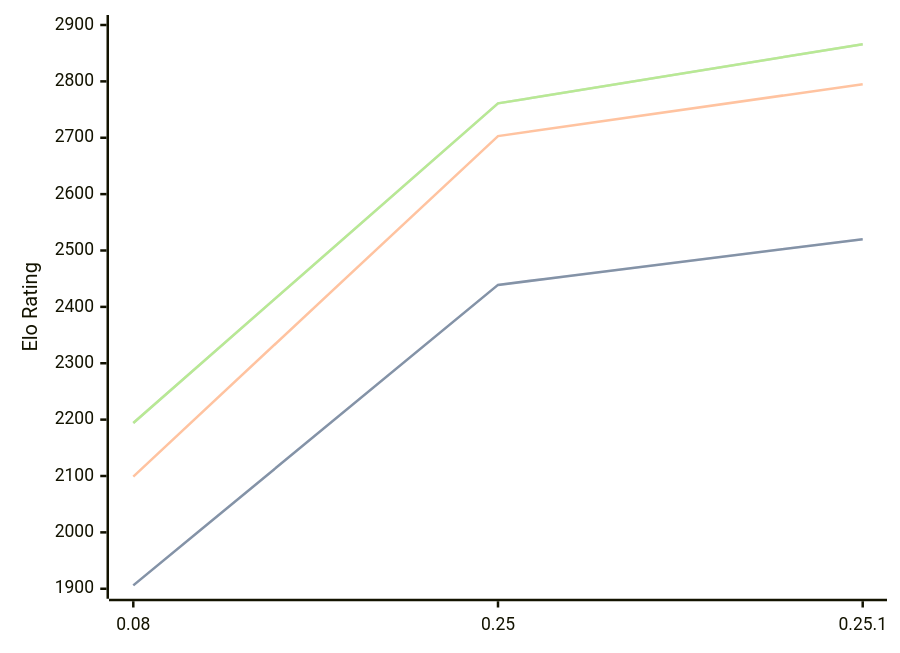
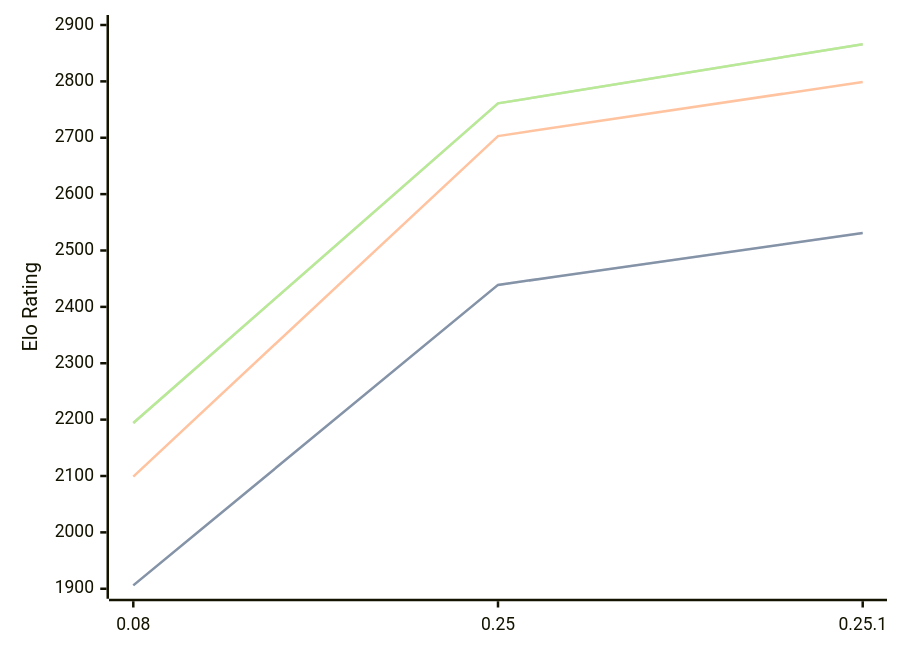
The diagram in engines/Gecko.md (computer-chess-index/cci), drawn with Mermaid before and after one commit. The commit also changed other lines of this file, not shown here.

Commit message:
Update CCI Ratings (ELO VLTC) - 2026-04-20

````diff
--- a/engines/Gecko.md
+++ b/engines/Gecko.md
@@ -33,11 +33,11 @@
 ```mermaid
 %%{init: {"theme":"base","themeVariables":{"seriesColors:['#a3a3a3','#222221','#faa371']}}}%%
 xychart-beta
   x-axis ["0.08", "0.25", "0.25.1"]
   y-axis "Elo Rating" 1900 --> 2900
-  line "STC (8.0+0.08s)" [1906, 2439, 2520]
-  line "STC (8.0+0.08s)" [1906, 2439, 2520]
-  line "LTC (60.0+0.60s)" [2099, 2703, 2795]
+  line "STC (8.0+0.08s)" [1906, 2439, 2531]
+  line "STC (8.0+0.08s)" [1906, 2439, 2531]
+  line "LTC (60.0+0.60s)" [2099, 2703, 2799]
   line "VLTC (2m24s+1.12s)" [2194, 2761, 2866]
   line "VLTC (2m24s+1.12s)" [2194, 2761, 2866]
 ```
````
